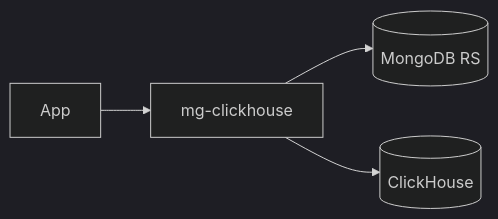
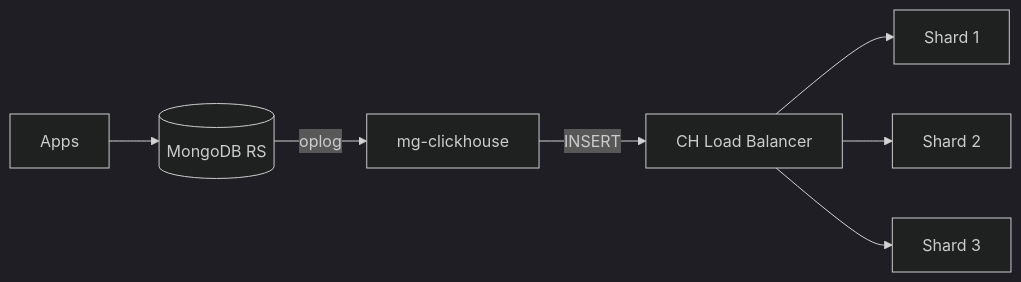
One commit to mrityunjaysharma/mongo-flux changed the sixth of 6 diagrams in docs/design.md. Above: the diagram before and after it, drawn with Mermaid (dark theme). The commit also changed other lines of this file and 1 other file, not shown here.

````diff
--- a/docs/design.md
+++ b/docs/design.md
@@ -398,6 +161,9 @@
 ```mermaid
-graph LR
-    APP[App] --> MGC[mg-clickhouse]
-    MGC --> MG[(MongoDB RS)]
-    MGC --> CH[(ClickHouse)]
+flowchart LR
+    APP[Apps] --> MG[(MongoDB RS)]
+    MG -->|oplog| MGC[mg-clickhouse]
+    MGC -->|INSERT| LB[CH Load Balancer]
+    LB --> S1[Shard 1]
+    LB --> S2[Shard 2]
+    LB --> S3[Shard 3]
 ```
````
